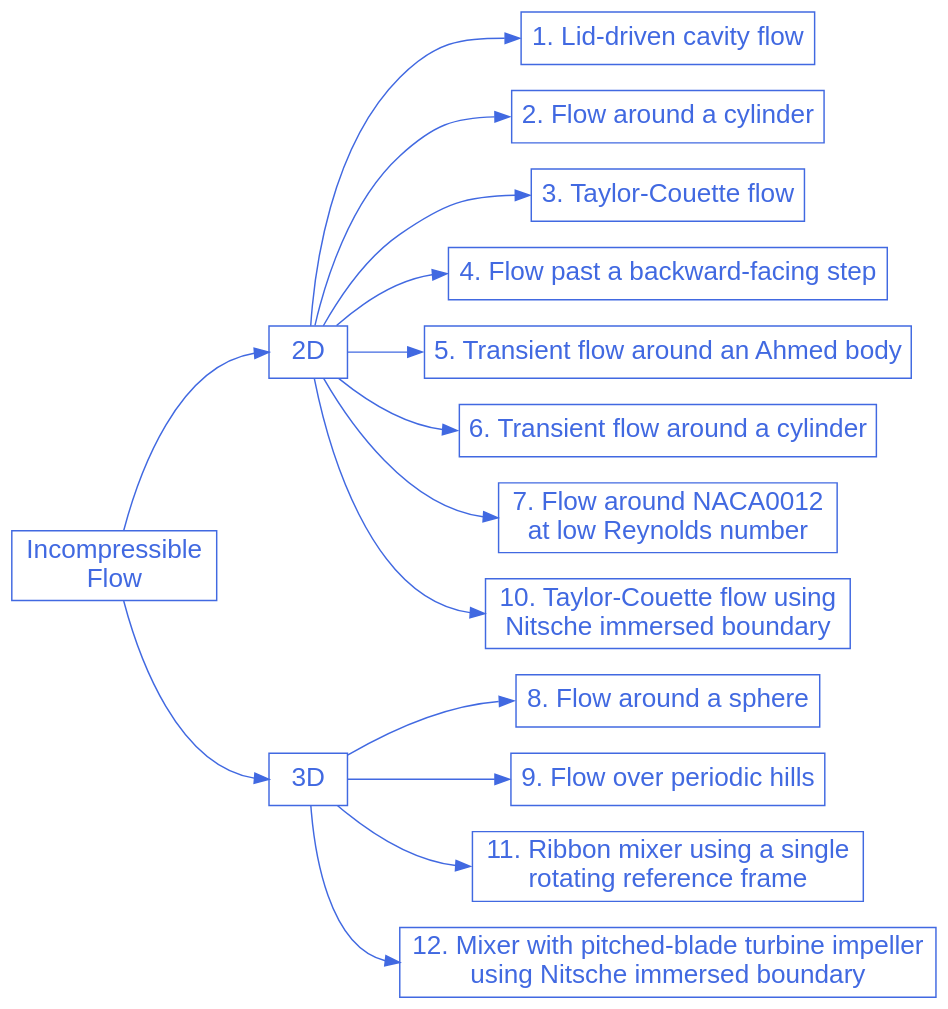
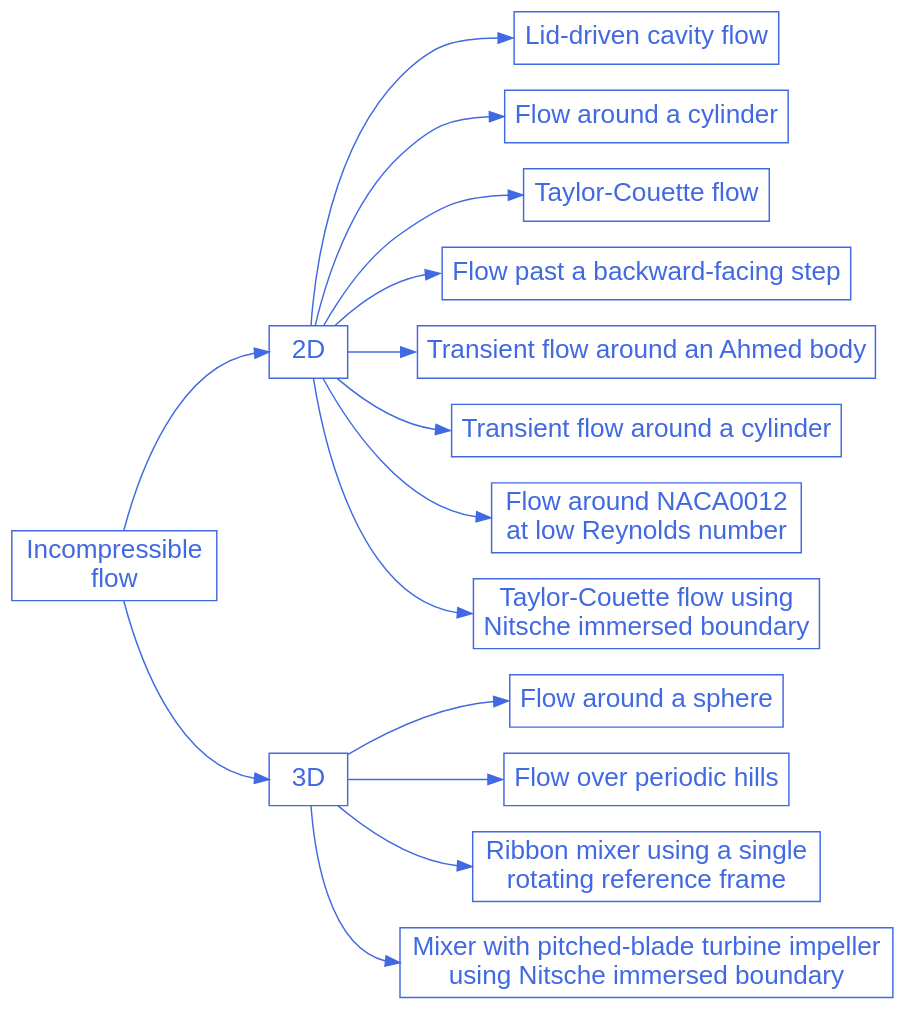
One commit to chaos-polymtl/lethe changed the diagram in doc/source/examples/incompressible-flow/incompressible-flow.rst. Above: the diagram before and after it, drawn with Graphviz. The commit also changed other lines of this file and 5 other files, not shown here.

Commit message:
Remove numbers and fix titles in graphs

```diff
--- a/doc/source/examples/incompressible-flow/incompressible-flow.rst
+++ b/doc/source/examples/incompressible-flow/incompressible-flow.rst
@@ -24,54 +23,54 @@
 .. graphviz:: 
 
     digraph incompressible_diagram {
       graph [bgcolor="transparent", align=true];
       node [fontname=Arial, fontsize=18, shape=box, fontcolor=royalblue, color=royalblue];
       edge [color=royalblue];
       rankdir="LR";
       size = "9,9";
 
-      incompressible_flow [label="Incompressible \nFlow", href="https://lethe-cfd.github.io/lethe/examples/incompressible-flow/incompressible-flow.html"];
+      incompressible_flow [label="Incompressible \nflow", href="https://lethe-cfd.github.io/lethe/examples/incompressible-flow/incompressible-flow.html"];
 
       incompressible_1 [label="2D"]; 
 
-      incompressible_1_1 [label="1. Lid-driven cavity flow",href="https://lethe-cfd.github.io/lethe/examples/incompressible-flow/2d-lid%E2%80%90driven-cavity-flow/lid%E2%80%90driven-cavity-flow.html"]; 
+      incompressible_1_1 [label="Lid-driven cavity flow",href="https://lethe-cfd.github.io/lethe/examples/incompressible-flow/2d-lid%E2%80%90driven-cavity-flow/lid%E2%80%90driven-cavity-flow.html"]; 
 
-      incompressible_1_2 [label="2. Flow around a cylinder", href="https://lethe-cfd.github.io/lethe/examples/incompressible-flow/2d-flow-around-cylinder/2d-flow-around-cylinder.html"];
+      incompressible_1_2 [label="Flow around a cylinder", href="https://lethe-cfd.github.io/lethe/examples/incompressible-flow/2d-flow-around-cylinder/2d-flow-around-cylinder.html"];
 
-      incompressible_1_3 [label="3. Taylor-Couette flow", href="https://lethe-cfd.github.io/lethe/examples/incompressible-flow/2d-taylor-couette-flow/2d-taylor-couette-flow.html"];
+      incompressible_1_3 [label="Taylor-Couette flow", href="https://lethe-cfd.github.io/lethe/examples/incompressible-flow/2d-taylor-couette-flow/2d-taylor-couette-flow.html"];
 
-      incompressible_1_4 [label="4. Flow past a backward-facing step", href="https://lethe-cfd.github.io/lethe/examples/incompressible-flow/2d-backward-facing-step/2d-backward-facing-step.html"];
+      incompressible_1_4 [label="Flow past a backward-facing step", href="https://lethe-cfd.github.io/lethe/examples/incompressible-flow/2d-backward-facing-step/2d-backward-facing-step.html"];
 
-      incompressible_1_5 [label="5. Transient flow around an Ahmed body", href="https://lethe-cfd.github.io/lethe/examples/incompressible-flow/2d-transient-around-ahmed-body/2d-transient-around-ahmed-body.html"];
+      incompressible_1_5 [label="Transient flow around an Ahmed body", href="https://lethe-cfd.github.io/lethe/examples/incompressible-flow/2d-transient-around-ahmed-body/2d-transient-around-ahmed-body.html"];
 
-      incompressible_1_6 [label="6. Transient flow around a cylinder", href="https://lethe-cfd.github.io/lethe/examples/incompressible-flow/2d-transient-flow-around-cylinder/2d-transient-flow-around-cylinder.html"];
+      incompressible_1_6 [label="Transient flow around a cylinder", href="https://lethe-cfd.github.io/lethe/examples/incompressible-flow/2d-transient-flow-around-cylinder/2d-transient-flow-around-cylinder.html"];
 
-      incompressible_1_7 [label="7. Flow around NACA0012 \nat low Reynolds number", href="https://lethe-cfd.github.io/lethe/examples/incompressible-flow/2d-naca0012-low-reynolds/2d-naca0012-low-reynolds.html"];
+      incompressible_1_7 [label="Flow around NACA0012 \nat low Reynolds number", href="https://lethe-cfd.github.io/lethe/examples/incompressible-flow/2d-naca0012-low-reynolds/2d-naca0012-low-reynolds.html"];
 
-      incompressible_1_8 [label="10. Taylor-Couette flow using \nNitsche immersed boundary", href="https://lethe-cfd.github.io/lethe/examples/incompressible-flow/2d-taylor-couette-flow-nitsche/2d-taylor-couette-flow-nitsche.html"];
+      incompressible_1_8 [label="Taylor-Couette flow using \nNitsche immersed boundary", href="https://lethe-cfd.github.io/lethe/examples/incompressible-flow/2d-taylor-couette-flow-nitsche/2d-taylor-couette-flow-nitsche.html"];
 
       incompressible_2 [label="3D",shape=polygon,sides=4]; 
 
-      incompressible_2_1 [label="8. Flow around a sphere", href="https://lethe-cfd.github.io/lethe/examples/incompressible-flow/3d-flow-around-sphere/flow-around-sphere.html"];
+      incompressible_2_1 [label="Flow around a sphere", href="https://lethe-cfd.github.io/lethe/examples/incompressible-flow/3d-flow-around-sphere/flow-around-sphere.html"];
       
-      incompressible_2_2 [label="9. Flow over periodic hills", href="https://lethe-cfd.github.io/lethe/examples/incompressible-flow/3d-flow-over-periodic-hills/3d-flow-over-periodic-hills.html"];
+      incompressible_2_2 [label="Flow over periodic hills", href="https://lethe-cfd.github.io/lethe/examples/incompressible-flow/3d-flow-over-periodic-hills/3d-flow-over-periodic-hills.html"];
 
-      incompressible_2_3 [label="11. Ribbon mixer using a single \n rotating reference frame", href="https://lethe-cfd.github.io/lethe/examples/incompressible-flow/3d-mixer-using-single-rotating-frame/3d-mixer-using-single-rotating-frame.html"];
+      incompressible_2_3 [label="Ribbon mixer using a single \n rotating reference frame", href="https://lethe-cfd.github.io/lethe/examples/incompressible-flow/3d-mixer-using-single-rotating-frame/3d-mixer-using-single-rotating-frame.html"];
 
-      incompressible_2_4 [label="12. Mixer with pitched-blade turbine impeller \nusing Nitsche immersed boundary", href="https://lethe-cfd.github.io/lethe/examples/incompressible-flow/3d-nitsche-mixer-with-pbt-impeller/nitsche-mixer-with-pbt-impeller.html"];
+      incompressible_2_4 [label="Mixer with pitched-blade turbine impeller \nusing Nitsche immersed boundary", href="https://lethe-cfd.github.io/lethe/examples/incompressible-flow/3d-nitsche-mixer-with-pbt-impeller/nitsche-mixer-with-pbt-impeller.html"];
 
       incompressible_flow -> incompressible_1:w;
       incompressible_flow -> incompressible_2:w;
       incompressible_1 -> incompressible_1_1:w;
       incompressible_1 -> incompressible_1_2:w;
       incompressible_1 -> incompressible_1_3:w;
       incompressible_1 -> incompressible_1_4:w;
       incompressible_1 -> incompressible_1_5:w;
       incompressible_1 -> incompressible_1_6:w;
       incompressible_1 -> incompressible_1_7:w;
       incompressible_1 -> incompressible_1_8:w;
       incompressible_2 -> incompressible_2_1:w;
       incompressible_2 -> incompressible_2_2:w;
       incompressible_2 -> incompressible_2_3:w;
       incompressible_2 -> incompressible_2_4:w;
     }
```
